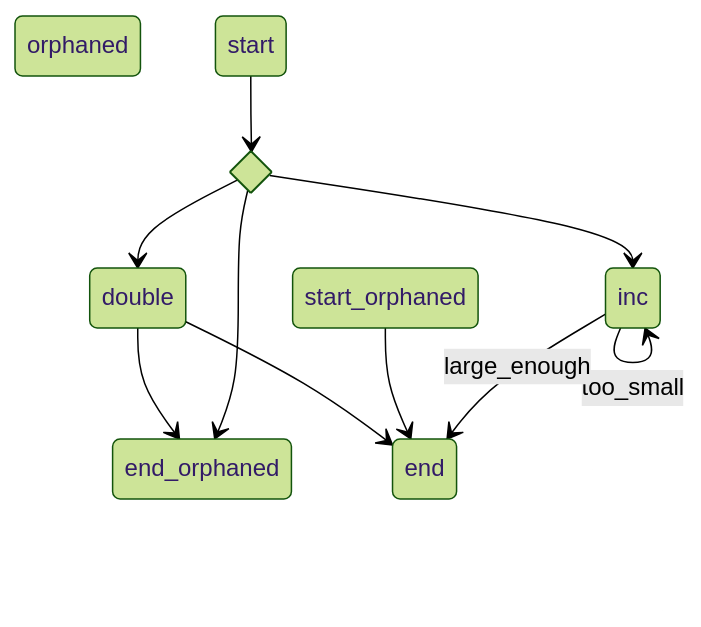
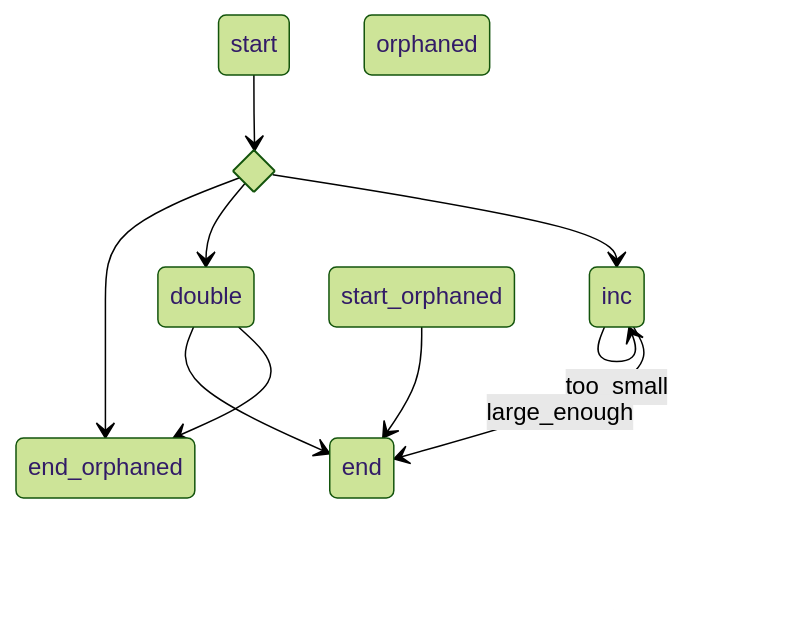
Before and after one commit to nquangtrung/agentgo: the diagram in graph/graph_visualize_test_complex_map.md, drawn with Mermaid (forest theme). The commit also changed other lines of this file and 13 other files, not shown here.

````diff
--- a/graph/graph_visualize_test_complex_map.md
+++ b/graph/graph_visualize_test_complex_map.md
@@ -1,21 +1,21 @@
 ```mermaid
 stateDiagram-v2
+    state "start" as start
+    state "end" as end
     state "inc" as inc
     state "double" as double
     state "end_orphaned" as end_orphaned
     state "orphaned" as orphaned
     state "start_orphaned" as start_orphaned
-    state "start" as start
-    state "end" as end
     state router_start <<choice>>
+    start --> router_start : 
+    router_start --> inc : 
+    router_start --> double : 
+    router_start --> end_orphaned : 
     double --> end_orphaned : 
     double --> end : 
     start_orphaned --> end : 
     inc --> inc : too_small
     inc --> end : large_enough
-    start --> router_start : 
-    router_start --> inc : 
-    router_start --> double : 
-    router_start --> end_orphaned : 
 
 ```
````
